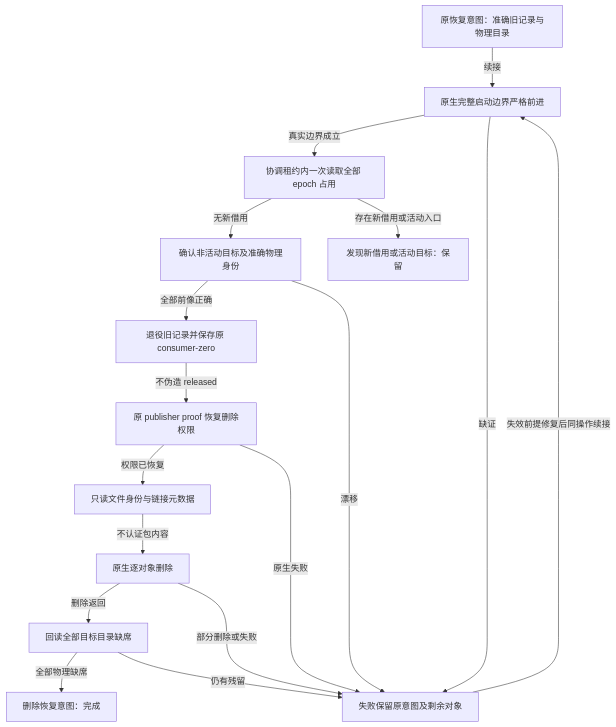
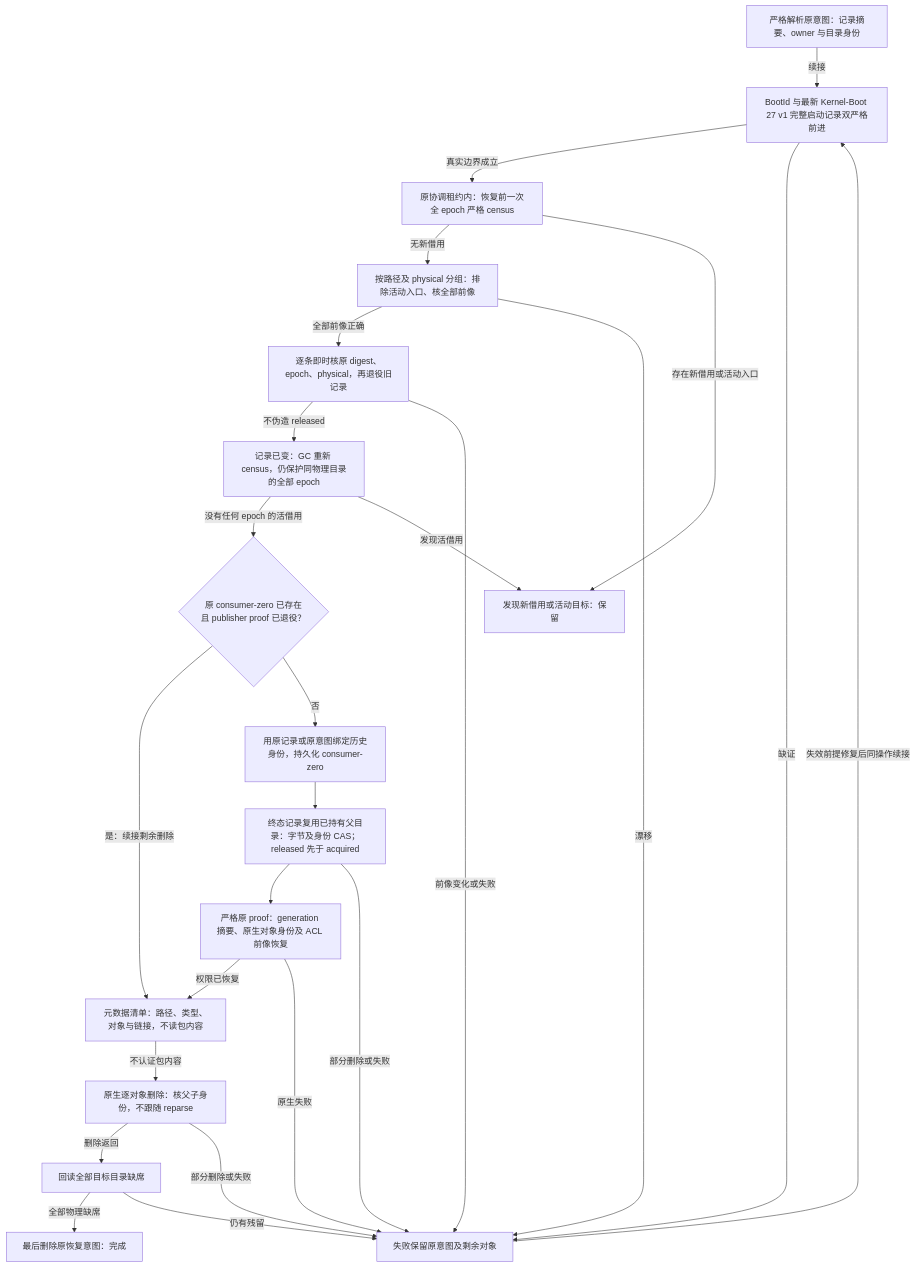
One commit to sec-platform/sec changed the fourth of 5 diagrams in docs/开发/仓库维护/Git冻结与资源退役.md. Above: the diagram before and after it, drawn with Mermaid. The commit also changed other lines of this file, not shown here.

Commit message:
docs: map cache retirement controls to implementation

````diff
--- a/docs/开发/仓库维护/Git冻结与资源退役.md
+++ b/docs/开发/仓库维护/Git冻结与资源退役.md
@@ -126,31 +126,43 @@
 ```mermaid
 flowchart TB
-  saved["原恢复意图：准确旧记录与物理目录"]
-  boot["原生完整启动边界严格前进"]
-  census["协调租约内一次读取全部 epoch 占用"]
-  identity["确认非活动目标及准确物理身份"]
-  zero["退役旧记录并保存原 consumer-zero"]
-  proof["原 publisher proof 恢复删除权限"]
-  metadata["只读文件身份与链接元数据"]
-  remove["原生逐对象删除"]
+  saved["严格解析原意图：记录摘要、owner 与目录身份"]
+  boot["BootId 与最新 Kernel-Boot 27 v1 完整启动记录双严格前进"]
+  census["原协调租约内：恢复前一次全 epoch 严格 census"]
+  identity["按路径及 physical 分组：排除活动入口、核全部前像"]
+  records["逐条即时核原 digest、epoch、physical，再退役旧记录"]
+  fresh["记录已变：GC 重新 census，仍保护同物理目录的全部 epoch"]
+  ready{"原 consumer-zero 已存在且 publisher proof 已退役？"}
+  zero["用原记录或原意图绑定历史身份，持久化 consumer-zero"]
+  compact["终态记录复用已持有父目录：字节及身份 CAS；released 先于 acquired"]
+  proof["严格原 proof：generation 摘要、原生对象身份及 ACL 前像恢复"]
+  metadata["元数据清单：路径、类型、对象与链接，不读包内容"]
+  remove["原生逐对象删除：核父子身份，不跟随 reparse"]
   absent["回读全部目标目录缺席"]
-  done["删除恢复意图：完成"]
+  done["最后删除原恢复意图：完成"]
   keep["发现新借用或活动目标：保留"]
   pending["失败保留原意图及剩余对象"]
   saved -->|续接| boot
   boot -->|真实边界成立| census
   census -->|无新借用| identity
   census -->|存在新借用或活动入口| keep
-  identity -->|全部前像正确| zero
-  zero -->|不伪造 released| proof
+  identity -->|全部前像正确| records
+  records -->|不伪造 released| fresh
+  fresh -->|没有任何 epoch 的活借用| ready
+  fresh -->|发现活借用| keep
+  ready -->|是：续接剩余删除| metadata
+  ready -->|否| zero
+  zero --> compact
+  compact --> proof
   proof -->|权限已恢复| metadata
   metadata -->|不认证包内容| remove
   remove -->|删除返回| absent
   absent -->|全部物理缺席| done
   boot -->|缺证| pending
   identity -->|漂移| pending
+  records -->|前像变化或失败| pending
+  compact -->|部分删除或失败| pending
   proof -->|原生失败| pending
   remove -->|部分删除或失败| pending
   absent -->|仍有残留| pending
   pending -->|失效前提修复后同操作续接| boot
 ```
````
